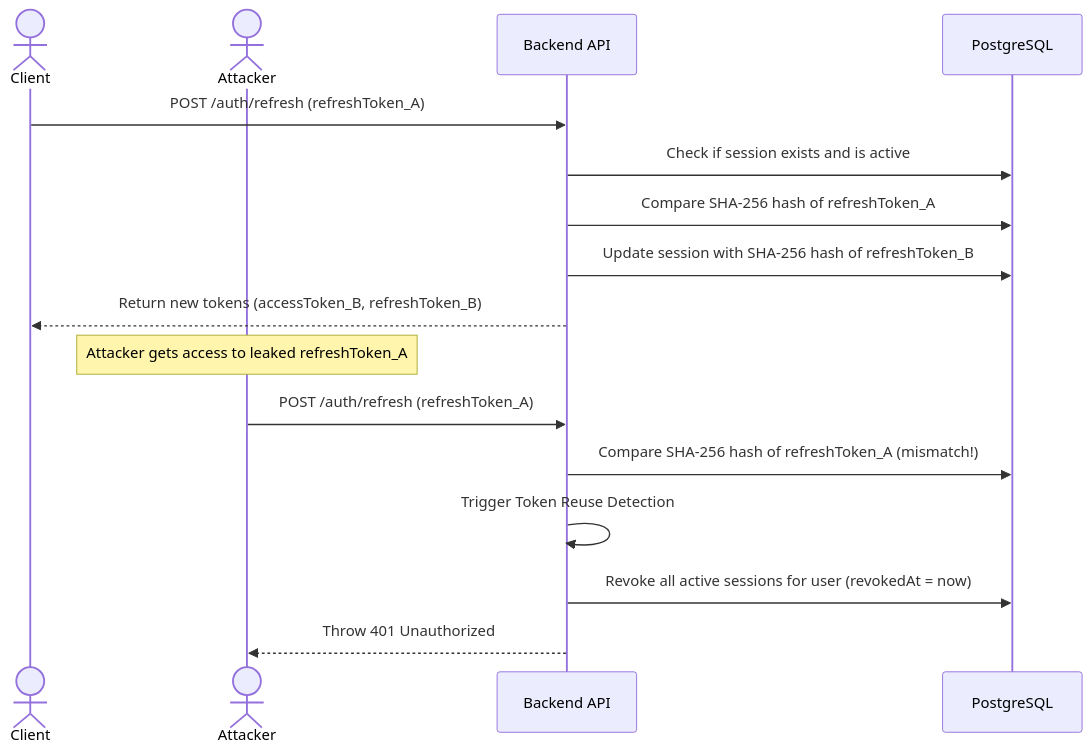
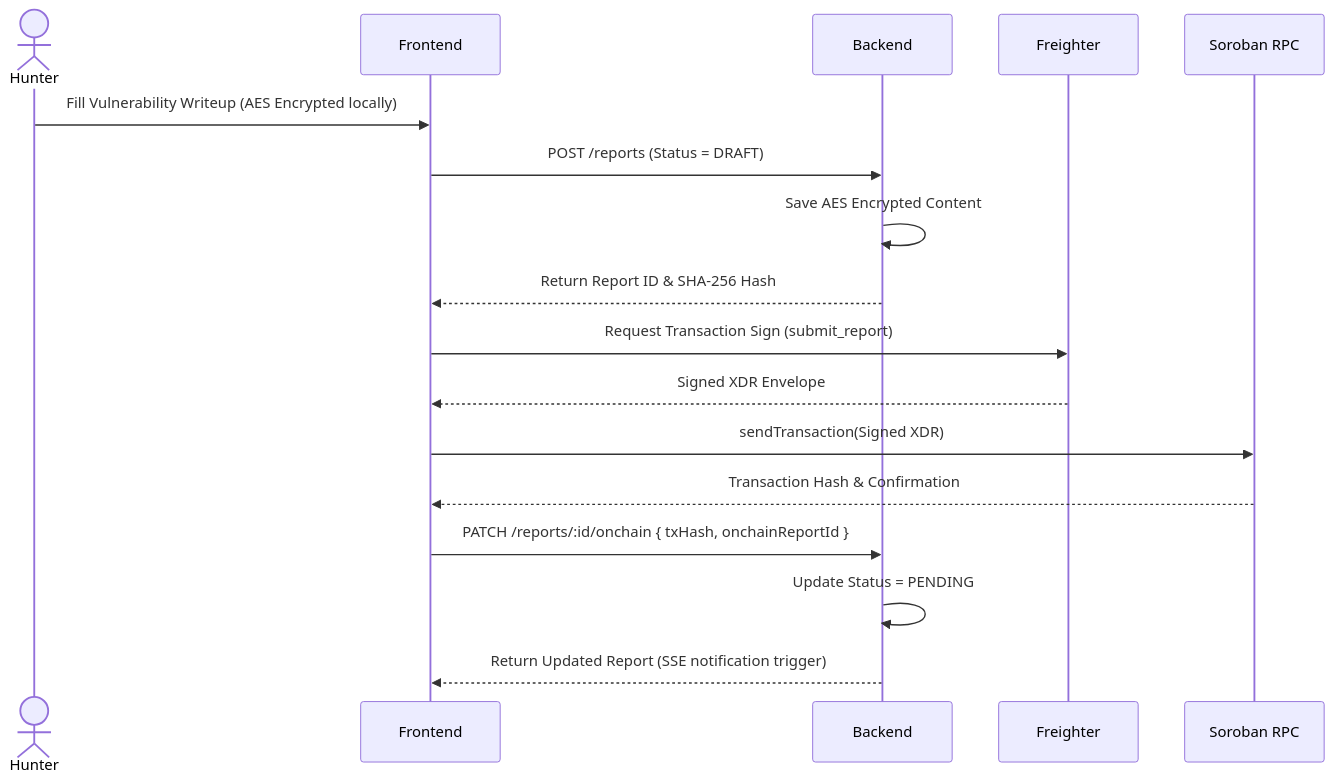
Before and after one commit to TheAnh1404/BugChain: the fifth of 9 diagrams in README.md, drawn with Mermaid. The commit also changed other lines of this file, not shown here.

````diff
--- a/README.md
+++ b/README.md
@@ -585,20 +198,20 @@
 ```mermaid
 sequenceDiagram
-    actor Client
-    actor Attacker
-    participant API as Backend API
-    participant DB as PostgreSQL
+    actor Hunter
+    participant Frontend
+    participant Backend
+    participant Freighter
+    participant Soroban as Soroban RPC
 
-    Client->>API: POST /auth/refresh (refreshToken_A)
-    API->>DB: Check if session exists and is active
-    API->>DB: Compare SHA-256 hash of refreshToken_A
-    API->>DB: Update session with SHA-256 hash of refreshToken_B
-    API-->>Client: Return new tokens (accessToken_B, refreshToken_B)
-    
-    note over Attacker: Attacker gets access to leaked refreshToken_A
-    Attacker->>API: POST /auth/refresh (refreshToken_A)
-    API->>DB: Compare SHA-256 hash of refreshToken_A (mismatch!)
-    API->>API: Trigger Token Reuse Detection
-    API->>DB: Revoke all active sessions for user (revokedAt = now)
-    API-->>Attacker: Throw 401 Unauthorized
+    Hunter->>Frontend: Fill Vulnerability Writeup (AES Encrypted locally)
+    Frontend->>Backend: POST /reports (Status = DRAFT)
+    Backend->>Backend: Save AES Encrypted Content
+    Backend-->>Frontend: Return Report ID & SHA-256 Hash
+    Frontend->>Freighter: Request Transaction Sign (submit_report)
+    Freighter-->>Frontend: Signed XDR Envelope
+    Frontend->>Soroban: sendTransaction(Signed XDR)
+    Soroban-->>Frontend: Transaction Hash & Confirmation
+    Frontend->>Backend: PATCH /reports/:id/onchain { txHash, onchainReportId }
+    Backend->>Backend: Update Status = PENDING
+    Backend-->>Frontend: Return Updated Report (SSE notification trigger)
 ```
````
